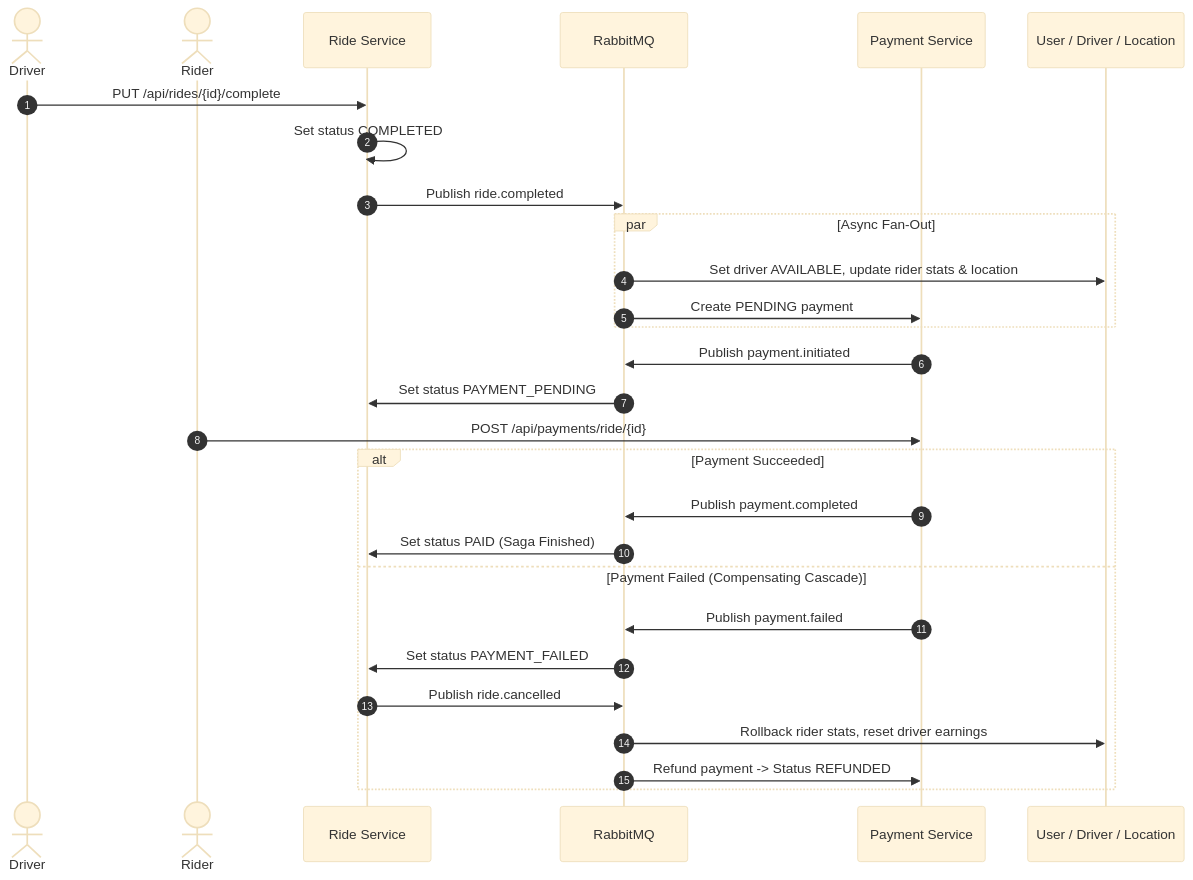
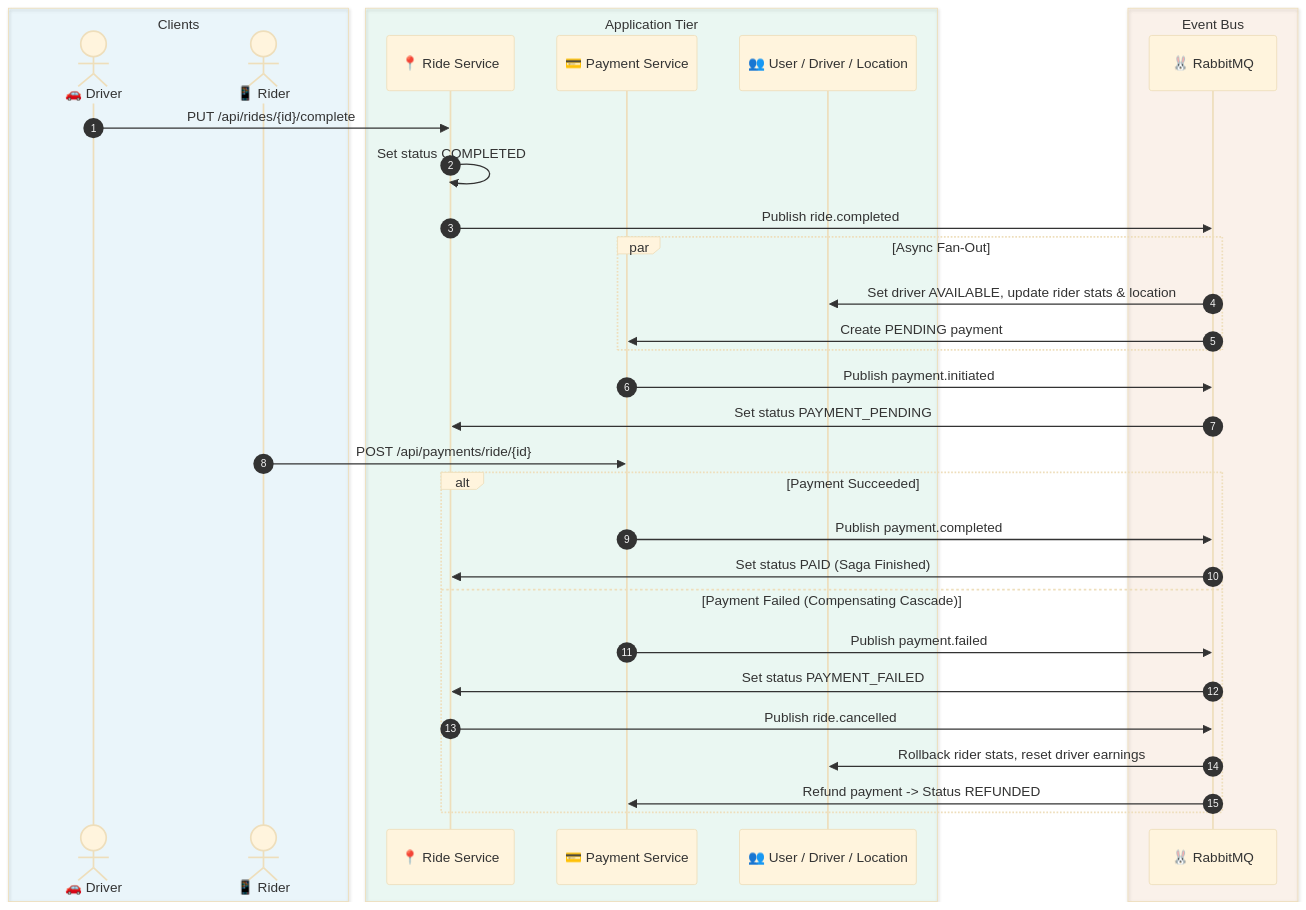
One commit to Basyo2003/10-RandomUnion-Uber changed the second of 3 diagrams in README.md. Above: the diagram before and after it, drawn with Mermaid (base theme). The commit also changed other lines of this file, not shown here.

````diff
--- a/README.md
+++ b/README.md
@@ -73,35 +84,41 @@
 ```mermaid
 sequenceDiagram
     autonumber
-    actor Driver as Driver
-    actor Rider as Rider
-    participant RideSvc as Ride Service
-    participant Rabbit as RabbitMQ
-    participant PaySvc as Payment Service
-    participant Others as User / Driver / Location
+    box rgba(56, 189, 248, 0.08) Clients
+    actor Driver as 🚗 Driver
+    actor Rider as 📱 Rider
+    end
+    box rgba(52, 211, 153, 0.08) Application Tier
+    participant RideSvc as 📍 Ride Service
+    participant PaySvc as 💳 Payment Service
+    participant Others as 👥 User / Driver / Location
+    end
+    box rgba(251, 146, 60, 0.08) Event Bus
+    participant Rabbit as 🐰 RabbitMQ
+    end
 
     Driver->>RideSvc: PUT /api/rides/{id}/complete
     RideSvc->>RideSvc: Set status COMPLETED
     RideSvc->>Rabbit: Publish ride.completed
     
     par Async Fan-Out
         Rabbit->>Others: Set driver AVAILABLE, update rider stats & location
         Rabbit->>PaySvc: Create PENDING payment
     end
 
     PaySvc->>Rabbit: Publish payment.initiated
     Rabbit->>RideSvc: Set status PAYMENT_PENDING
 
     Rider->>PaySvc: POST /api/payments/ride/{id}
 
     alt Payment Succeeded
         PaySvc->>Rabbit: Publish payment.completed
         Rabbit->>RideSvc: Set status PAID (Saga Finished)
     else Payment Failed (Compensating Cascade)
         PaySvc->>Rabbit: Publish payment.failed
         Rabbit->>RideSvc: Set status PAYMENT_FAILED
         RideSvc->>Rabbit: Publish ride.cancelled
         Rabbit->>Others: Rollback rider stats, reset driver earnings
         Rabbit->>PaySvc: Refund payment -> Status REFUNDED
     end
 ```
````
